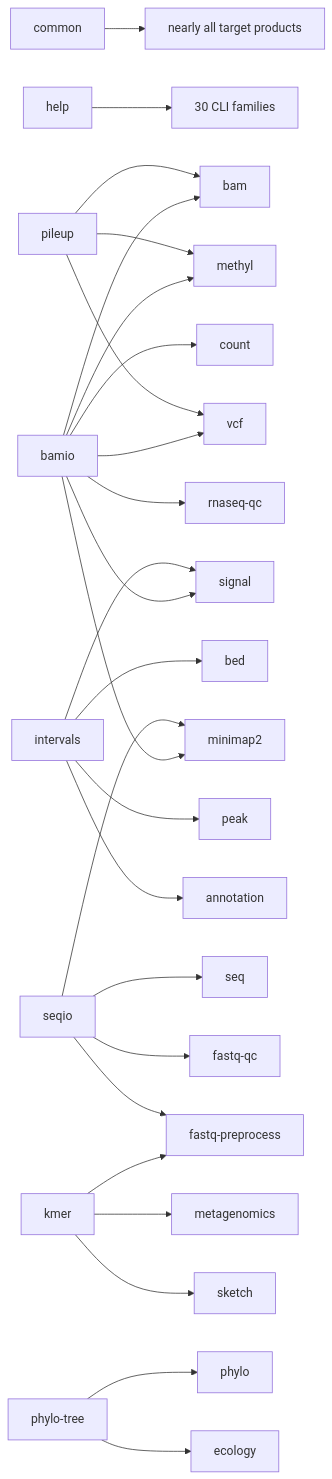
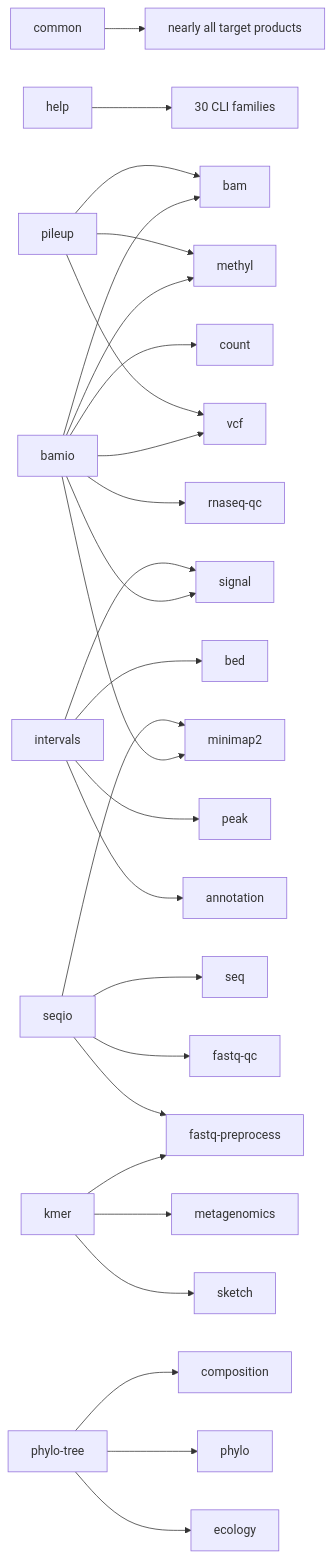
Before and after one commit to omics-rust/rsomics-world: the diagram in docs/00-overview/portfolio-reconstruction.md, drawn with Mermaid. The commit also changed other lines of this file and 5 other files, not shown here.

````diff
--- a/docs/00-overview/portfolio-reconstruction.md
+++ b/docs/00-overview/portfolio-reconstruction.md
@@ -188,28 +188,29 @@
 ```mermaid
 flowchart LR
     common["common"] --> products["nearly all target products"]
     help["help"] --> cli["30 CLI families"]
     bamio["bamio"] --> bam["bam"]
     bamio --> count["count"]
     bamio --> methyl["methyl"]
     bamio --> minimap2["minimap2"]
     bamio --> signal["signal"]
     bamio --> rnaqc["rnaseq-qc"]
     bamio --> vcf["vcf"]
     intervals["intervals"] --> bed["bed"]
     intervals --> signal
     intervals --> peak["peak"]
     intervals --> annotation["annotation"]
     kmer["kmer"] --> fastq["fastq-preprocess"]
     kmer --> meta["metagenomics"]
     kmer --> sketch["sketch"]
     seqio["seqio"] --> seq["seq"]
     seqio --> fastq
     seqio --> fastqqc["fastq-qc"]
     seqio --> minimap2
-    tree["phylo-tree"] --> phylo["phylo"]
+    tree["phylo-tree"] --> composition["composition"]
+    tree --> phylo["phylo"]
     tree --> ecology["ecology"]
     pileup["pileup"] --> bam
     pileup --> methyl
     pileup --> vcf
 ```
````
